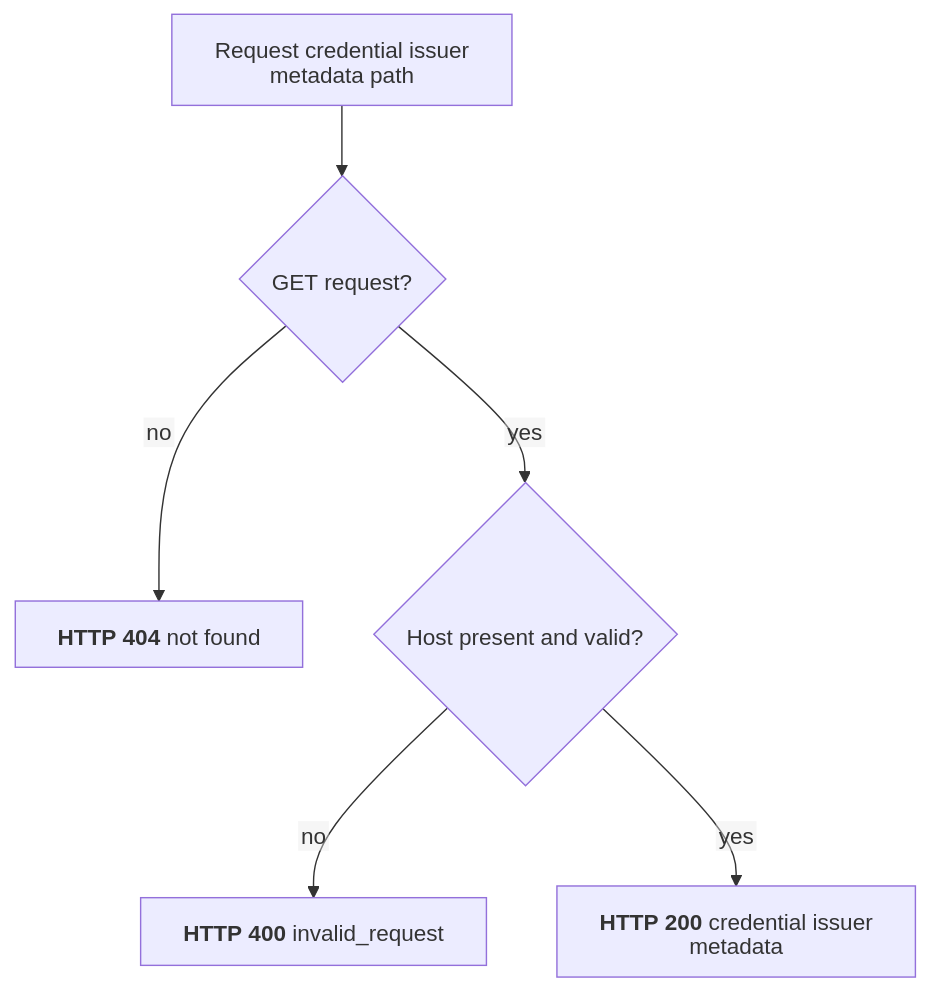
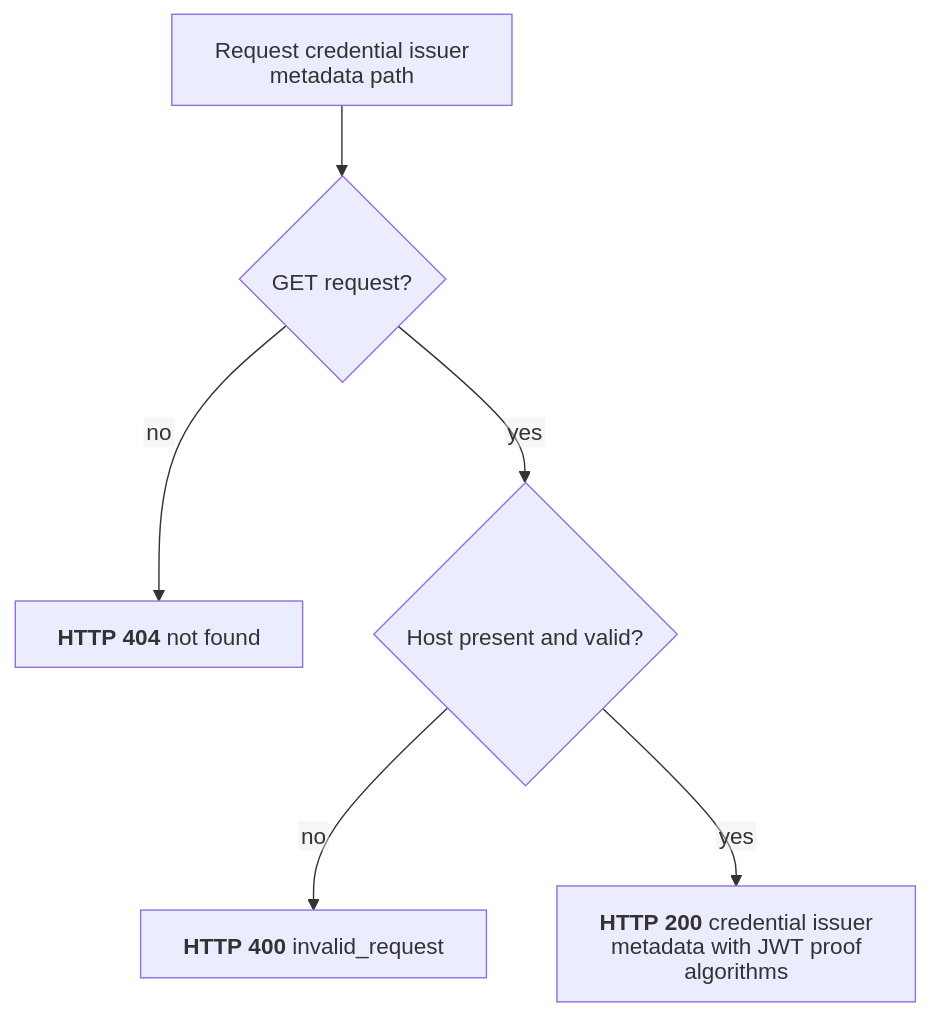
The diagram in docs/flows/openid4vci/credential_issuer_metadata_endpoint.mmd (malach-it/kagome), drawn with Mermaid before and after one commit. The commit also changed 67 other files, not shown here.

Commit message:
feat: add wallet authorization and presentation flows

```diff
--- a/docs/flows/openid4vci/credential_issuer_metadata_endpoint.mmd
+++ b/docs/flows/openid4vci/credential_issuer_metadata_endpoint.mmd
@@ -1,7 +1,7 @@
 %%{init: {"htmlLabels": false, "flowchart": {"htmlLabels": false}}}%%
 flowchart TD
     start[Request credential issuer metadata path] --> method{GET request?}
     method -- no --> not_found["`**HTTP 404** not found`"]
     method -- yes --> host{Host present and valid?}
     host -- no --> error["`**HTTP 400** invalid_request`"]
-    host -- yes --> success["`**HTTP 200** credential issuer metadata`"]
+    host -- yes --> success["`**HTTP 200** credential issuer metadata with JWT proof algorithms`"]
```
